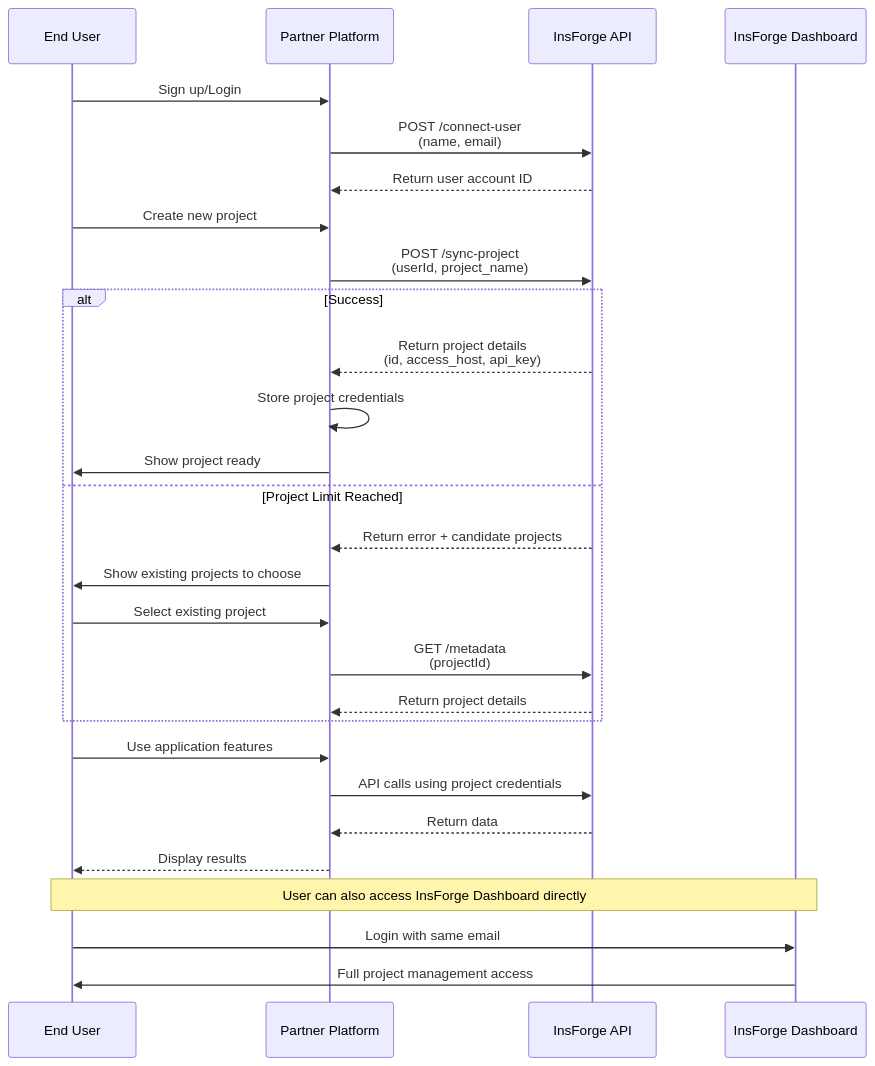
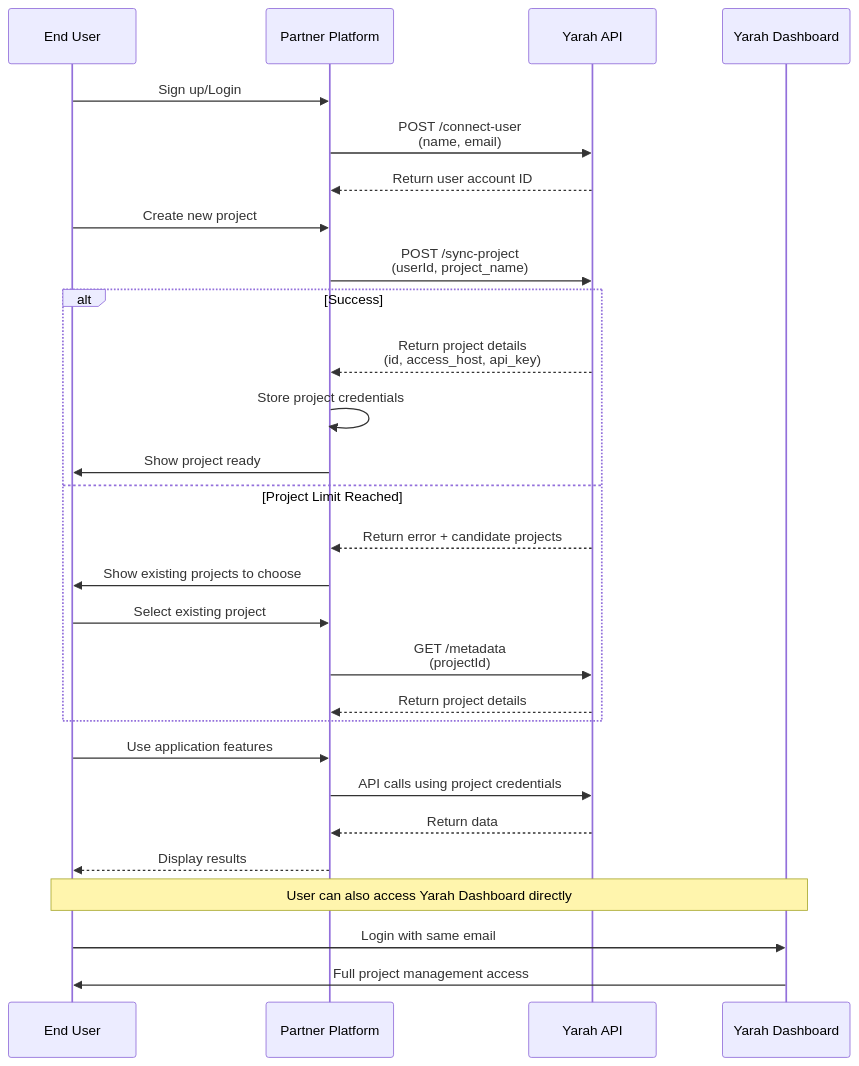
Before and after one commit to Darts7u7/Yarah-oos: the first of 2 diagrams in docs/es/partnership.mdx, drawn with Mermaid. The commit also changed other lines of this file and 1141 other files, not shown here.

````diff
--- a/docs/es/partnership.mdx
+++ b/docs/es/partnership.mdx
@@ -438,35 +438,35 @@
 ```mermaid
 sequenceDiagram
     participant User as End User
     participant Partner as Partner Platform
-    participant InsForge as InsForge API
-    participant Dashboard as InsForge Dashboard
+    participant Yarah as Yarah API
+    participant Dashboard as Yarah Dashboard
 
     User->>Partner: Sign up/Login
-    Partner->>InsForge: POST /connect-user<br/>(name, email)
-    InsForge-->>Partner: Return user account ID
+    Partner->>Yarah: POST /connect-user<br/>(name, email)
+    Yarah-->>Partner: Return user account ID
 
     User->>Partner: Create new project
-    Partner->>InsForge: POST /sync-project<br/>(userId, project_name)
+    Partner->>Yarah: POST /sync-project<br/>(userId, project_name)
 
     alt Success
-        InsForge-->>Partner: Return project details<br/>(id, access_host, api_key)
+        Yarah-->>Partner: Return project details<br/>(id, access_host, api_key)
         Partner->>Partner: Store project credentials
         Partner->>User: Show project ready
     else Project Limit Reached
-        InsForge-->>Partner: Return error + candidate projects
+        Yarah-->>Partner: Return error + candidate projects
         Partner->>User: Show existing projects to choose
         User->>Partner: Select existing project
-        Partner->>InsForge: GET /metadata<br/>(projectId)
-        InsForge-->>Partner: Return project details
+        Partner->>Yarah: GET /metadata<br/>(projectId)
+        Yarah-->>Partner: Return project details
     end
 
     User->>Partner: Use application features
-    Partner->>InsForge: API calls using project credentials
-    InsForge-->>Partner: Return data
+    Partner->>Yarah: API calls using project credentials
+    Yarah-->>Partner: Return data
     Partner-->>User: Display results
 
-    Note over User,Dashboard: User can also access InsForge Dashboard directly
+    Note over User,Dashboard: User can also access Yarah Dashboard directly
     User->>Dashboard: Login with same email
     Dashboard->>User: Full project management access
 ```
````
